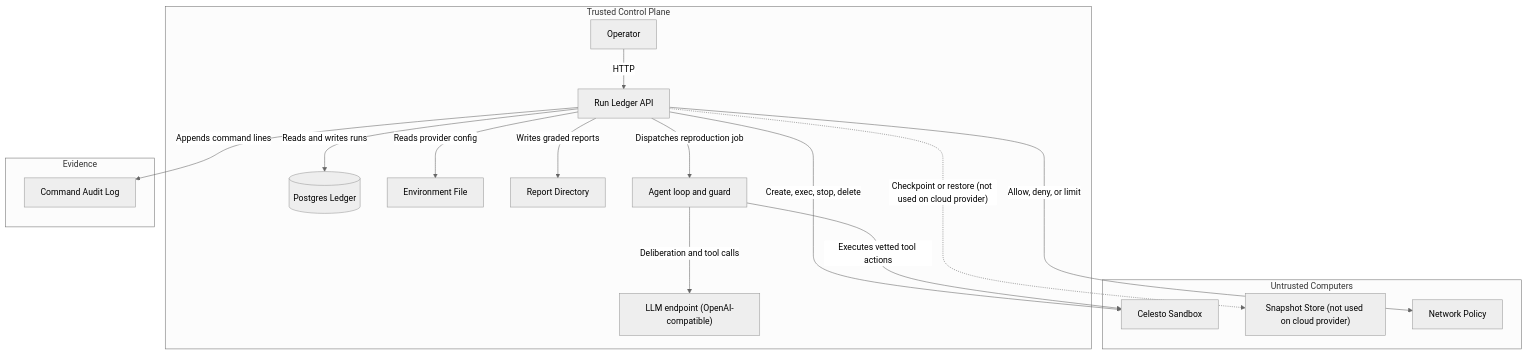
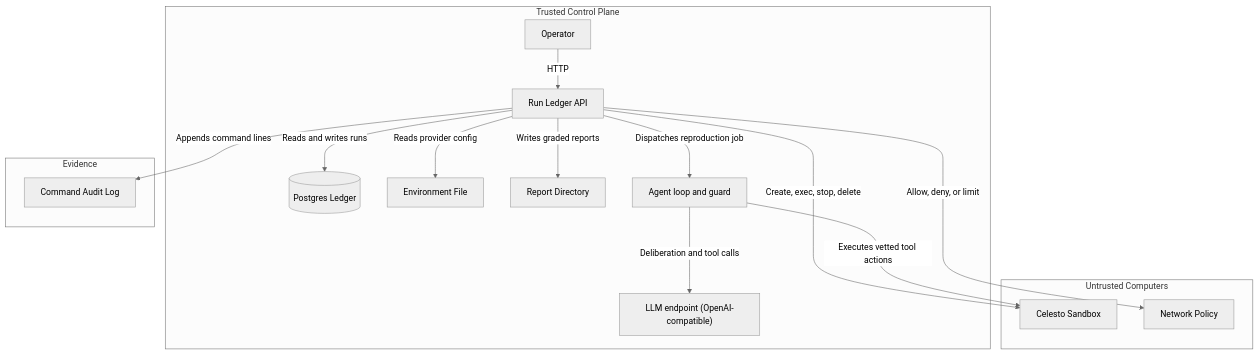
The first of 3 diagrams in README.md (Rushikesh-5706/Celesto-Hackathon), drawn with Mermaid (neutral theme) before and after one commit. The commit also changed other lines of this file and 24 other files, not shown here.

````diff
--- a/README.md
+++ b/README.md
@@ -58,34 +60,32 @@
 ```mermaid
 flowchart TD
     subgraph TrustedControlPlane["Trusted Control Plane"]
         Operator["Operator"]
         RunLedgerAPI["Run Ledger API"]
         PostgresLedger[("Postgres Ledger")]
         EnvironmentFile["Environment File"]
         ReportDirectory["Report Directory"]
         AgentLoopGuard["Agent loop and guard"]
         LLMEndpoint["LLM endpoint (OpenAI-compatible)"]
     end
 
     subgraph UntrustedComputers["Untrusted Computers"]
         CelestoSandbox["Celesto Sandbox"]
-        SnapshotStore["Snapshot Store (not used on cloud provider)"]
         NetworkPolicy["Network Policy"]
     end
 
     subgraph Evidence["Evidence"]
         CommandAuditLog["Command Audit Log"]
     end
 
     Operator -->|"HTTP"| RunLedgerAPI
     RunLedgerAPI -->|"Reads and writes runs"| PostgresLedger
     RunLedgerAPI -->|"Reads provider config"| EnvironmentFile
     RunLedgerAPI -->|"Create, exec, stop, delete"| CelestoSandbox
-    RunLedgerAPI -.->|"Checkpoint or restore (not used on cloud provider)"| SnapshotStore
     RunLedgerAPI -->|"Allow, deny, or limit"| NetworkPolicy
     RunLedgerAPI -->|"Appends command lines"| CommandAuditLog
     RunLedgerAPI -->|"Writes graded reports"| ReportDirectory
     RunLedgerAPI -->|"Dispatches reproduction job"| AgentLoopGuard
     AgentLoopGuard -->|"Deliberation and tool calls"| LLMEndpoint
     AgentLoopGuard -->|"Executes vetted tool actions"| CelestoSandbox
 ```
````
